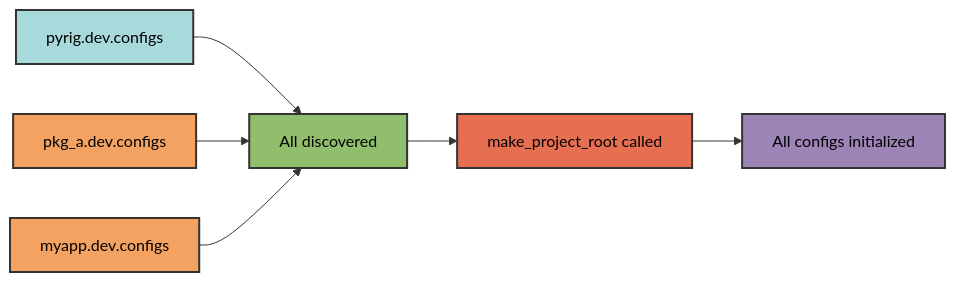
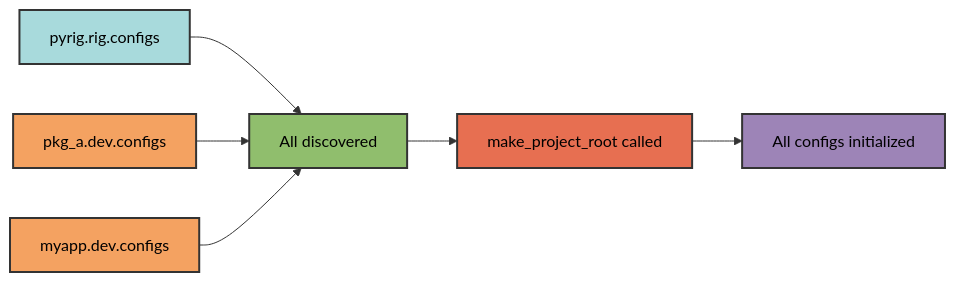
One commit to Winipedia/pyrig changed the third of 3 diagrams in docs/configs/architecture.md. Above: the diagram before and after it, drawn with Mermaid. The commit also changed other lines of this file and 478 other files, not shown here.

Commit message:
renamed dev to rig and tests pass

````diff
--- a/docs/configs/architecture.md
+++ b/docs/configs/architecture.md
@@ -210,15 +210,15 @@
 ```mermaid
 graph LR
-    A[pyrig.dev.configs] --> D[All discovered]
+    A[pyrig.rig.configs] --> D[All discovered]
     B[pkg_a.dev.configs] --> D
     C[myapp.dev.configs] --> D
     D --> E[make_project_root called]
     E --> F[All configs initialized]
 
     style A fill:#a8dadc,stroke:#333,stroke-width:2px,color:#000
     style B fill:#f4a261,stroke:#333,stroke-width:2px,color:#000
     style C fill:#f4a261,stroke:#333,stroke-width:2px,color:#000
     style D fill:#90be6d,stroke:#333,stroke-width:2px,color:#000
     style E fill:#e76f51,stroke:#333,stroke-width:2px,color:#000
     style F fill:#9d84b7,stroke:#333,stroke-width:2px,color:#000
 ```
````
